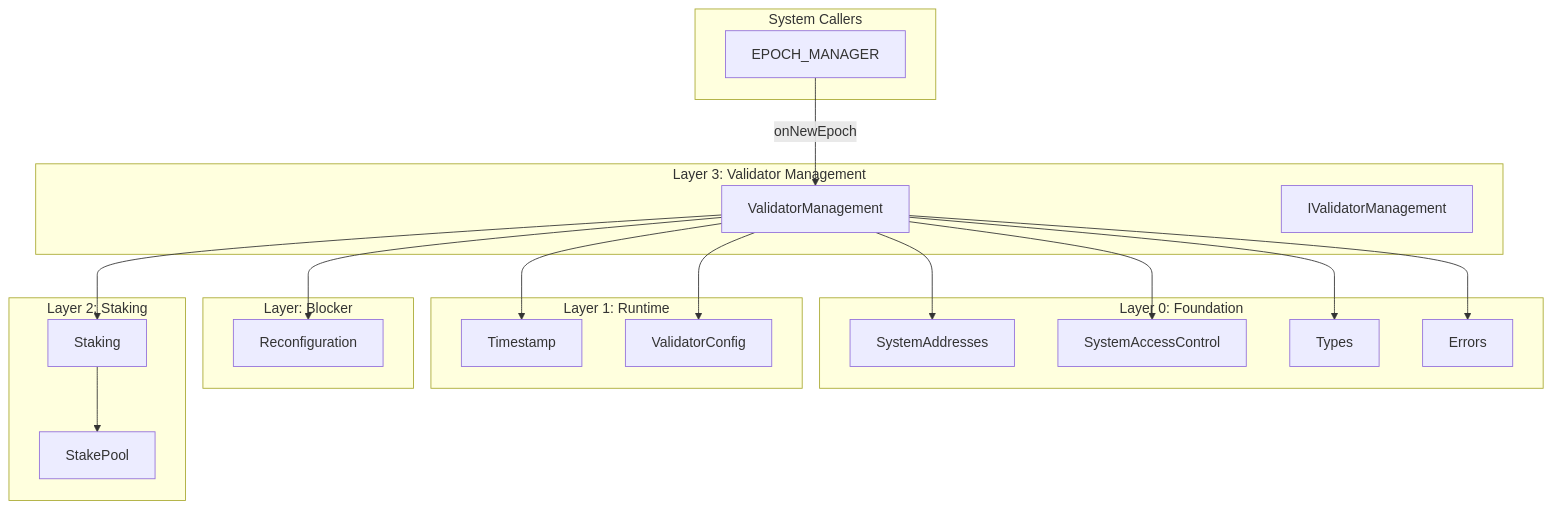
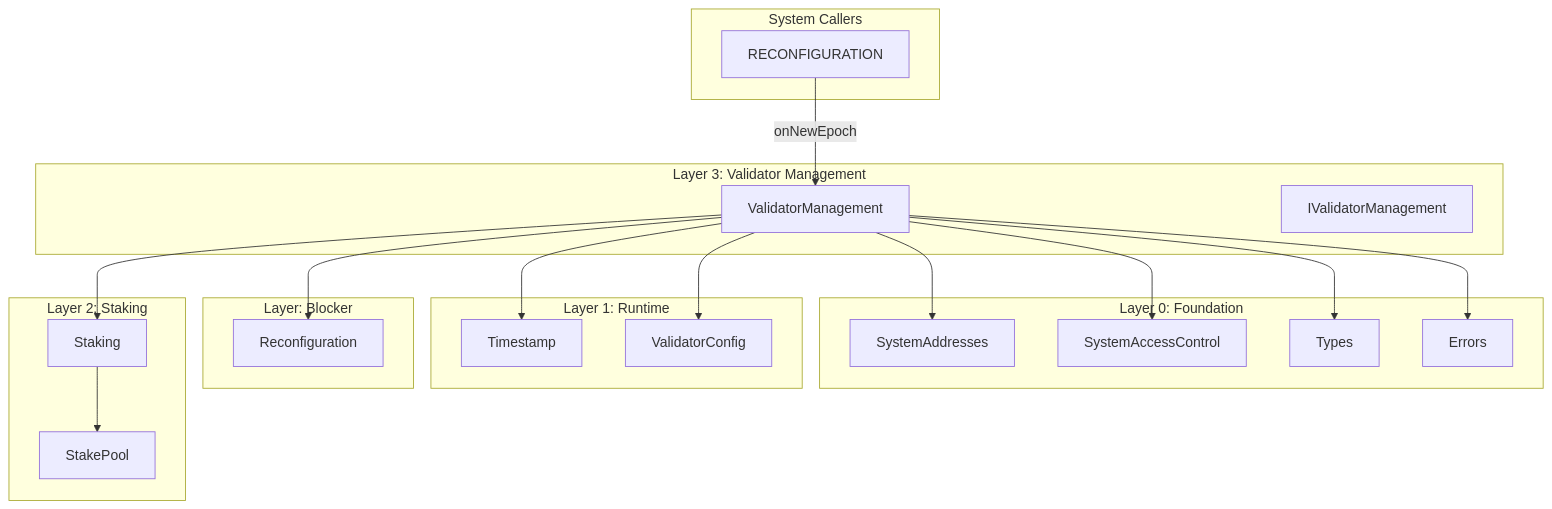
One commit to Galxe/gravity_chain_core_contracts changed the diagram in spec_v2/validator_management.spec.md. Above: the diagram before and after it, drawn with Mermaid. The commit also changed other lines of this file and 26 other files, not shown here.

First line of the commit message:
fix: rename EpochManager to Reconfiguration for consistency

````diff
--- a/spec_v2/validator_management.spec.md
+++ b/spec_v2/validator_management.spec.md
@@ -147,45 +147,45 @@
 ```mermaid
 graph TD
     subgraph Foundation[Layer 0: Foundation]
         SA[SystemAddresses]
         SAC[SystemAccessControl]
         T[Types]
         E[Errors]
     end
     
     subgraph Runtime[Layer 1: Runtime]
         TS[Timestamp]
         VC[ValidatorConfig]
     end
     
     subgraph Blocker[Layer: Blocker]
         RC[Reconfiguration]
     end
     
     subgraph Staking[Layer 2: Staking]
         S[Staking]
         SP[StakePool]
     end
     
     subgraph ValidatorMgmt[Layer 3: Validator Management]
         VM[ValidatorManagement]
         IVM[IValidatorManagement]
     end
     
     subgraph Callers[System Callers]
-        EM[EPOCH_MANAGER]
+        EM[RECONFIGURATION]
     end
     
     VM --> SA
     VM --> SAC
     VM --> T
     VM --> E
     VM --> S
     VM --> VC
     VM --> RC
     VM --> TS
     
     S --> SP
     
     EM -->|onNewEpoch| VM
 ```
````
